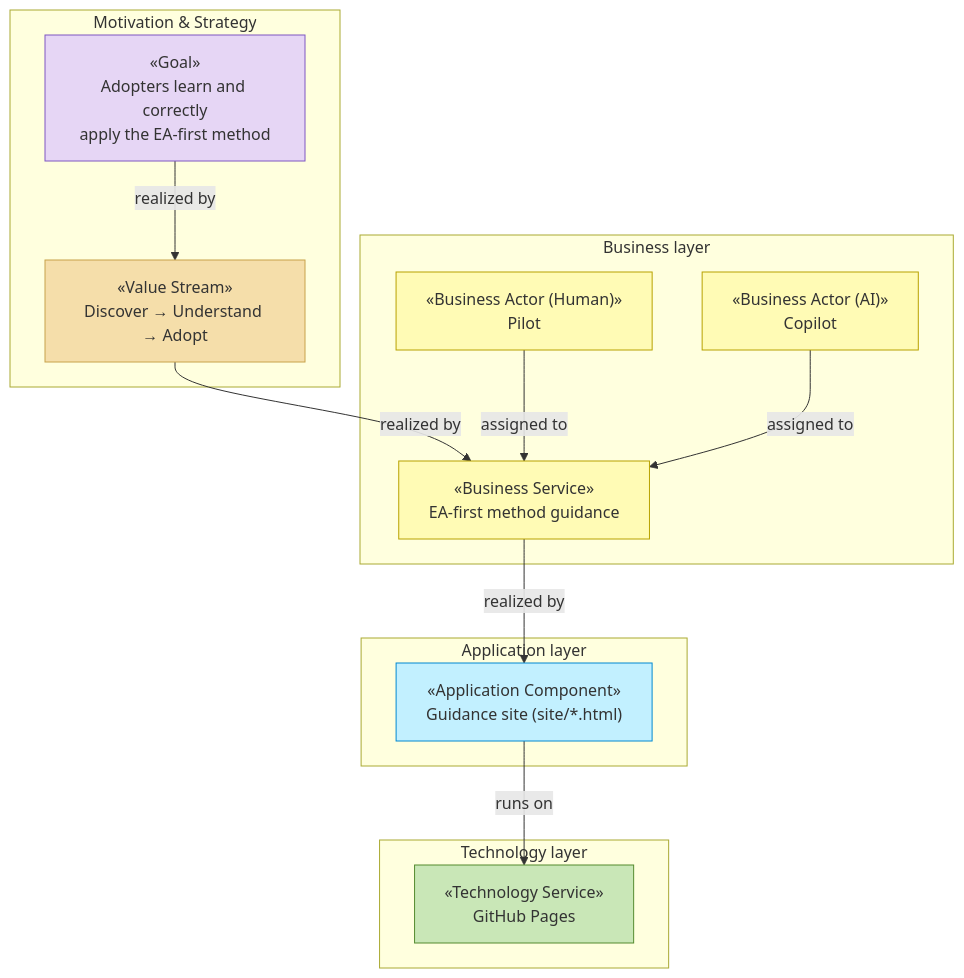
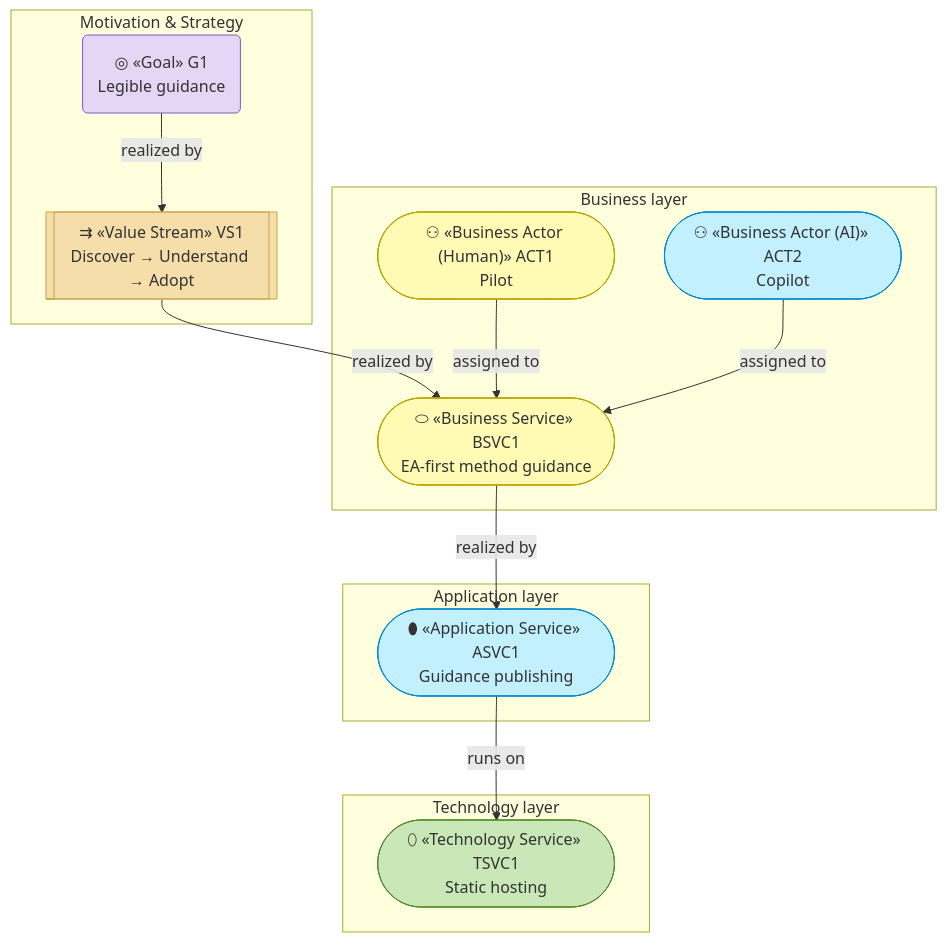
The diagram in site/docs/ea/README.md (roanboc/architecture-archreator), drawn with Mermaid before and after one commit. The commit also changed other lines of this file and 15 other files, not shown here.

````diff
--- a/site/docs/ea/README.md
+++ b/site/docs/ea/README.md
@@ -44,34 +44,34 @@
 ```mermaid
 flowchart TB
   subgraph MOT["Motivation & Strategy"]
-    goal["«Goal»<br>Adopters learn and correctly<br>apply the EA-first method"]:::motivation
-    vs["«Value Stream»<br>Discover → Understand → Adopt"]:::strategy
+    g1("◎ «Goal» G1<br>Legible guidance"):::motivation
+    vs1[["⇉ «Value Stream» VS1<br>Discover → Understand → Adopt"]]:::strategy
   end
 
   subgraph BUS["Business layer"]
-    svc["«Business Service»<br>EA-first method guidance"]:::business
-    maint["«Business Actor (Human)»<br>Pilot"]:::business
-    agent["«Business Actor (AI)»<br>Copilot"]:::business
+    bsvc1(["⬭ «Business Service» BSVC1<br>EA-first method guidance"]):::business
+    act1(["⚇ «Business Actor (Human)» ACT1<br>Pilot"]):::business
+    act2(["⚇ «Business Actor (AI)» ACT2<br>Copilot"]):::application
   end
 
   subgraph APP["Application layer"]
-    app["«Application Component»<br>Guidance site (site/*.html)"]:::application
+    asvc1(["⬮ «Application Service» ASVC1<br>Guidance publishing"]):::application
   end
 
   subgraph TEC["Technology layer"]
-    tech["«Technology Service»<br>GitHub Pages"]:::technology
+    tsvc1(["⬯ «Technology Service» TSVC1<br>Static hosting"]):::technology
   end
 
-  goal -->|realized by| vs
-  vs -->|realized by| svc
-  maint -->|assigned to| svc
-  agent -->|assigned to| svc
-  svc -->|realized by| app
-  app -->|runs on| tech
+  g1 -->|realized by| vs1
+  vs1 -->|realized by| bsvc1
+  act1 -->|assigned to| bsvc1
+  act2 -->|assigned to| bsvc1
+  bsvc1 -->|realized by| asvc1
+  asvc1 -->|runs on| tsvc1
 
   classDef motivation fill:#e6d6f5,stroke:#7e57c2,color:#333
   classDef strategy fill:#f5deaa,stroke:#c8a24a,color:#333
   classDef business fill:#fffbb5,stroke:#b8a200,color:#333
   classDef application fill:#c2f0ff,stroke:#0288d1,color:#333
   classDef technology fill:#c9e7b7,stroke:#558b2f,color:#333
 ```
````
